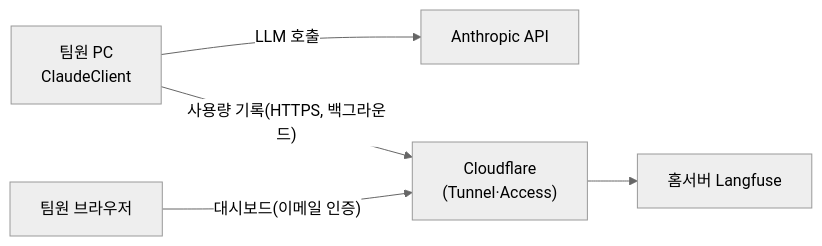
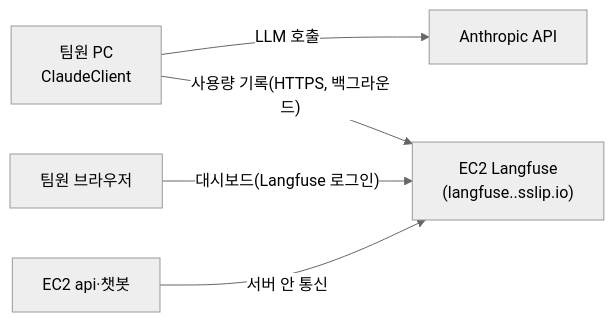
The diagram in docs/USAGE_TRACKING.md (qoweh/weeing-weeing), drawn with Mermaid (neutral theme) before and after one commit. The commit also changed other lines of this file and 20 other files, not shown here.

First line of the commit message:
feat: EC2 Langfuse 이관 대비 구성 정리와 관리자 LLM 사용량 요약 (#207) (#281)

````diff
--- a/docs/USAGE_TRACKING.md
+++ b/docs/USAGE_TRACKING.md
@@ -7,7 +9,7 @@
 ```mermaid
 flowchart LR
   pc["팀원 PC<br/>ClaudeClient"] -- "LLM 호출" --> anth["Anthropic API"]
-  pc -- "사용량 기록(HTTPS, 백그라운드)" --> cf["Cloudflare<br/>(Tunnel·Access)"]
-  web["팀원 브라우저"] -- "대시보드(이메일 인증)" --> cf
-  cf --> lf["홈서버 Langfuse"]
+  pc -- "사용량 기록(HTTPS, 백그라운드)" --> lf["EC2 Langfuse<br/>(langfuse.<EC2_IP>.sslip.io)"]
+  web["팀원 브라우저"] -- "대시보드(Langfuse 로그인)" --> lf
+  api["EC2 api·챗봇"] -- "서버 안 통신" --> lf
 ```
````
